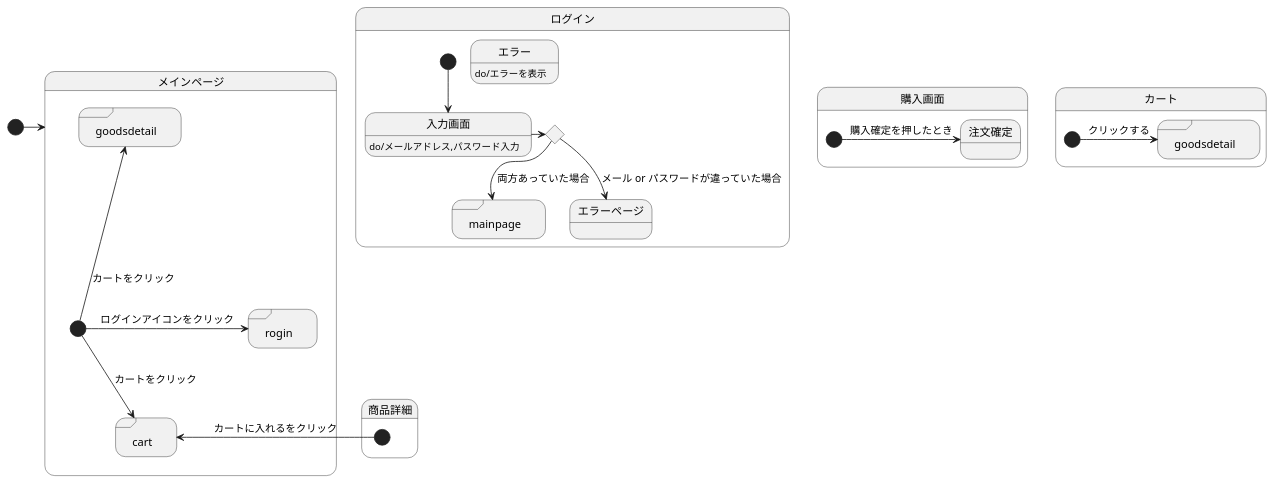
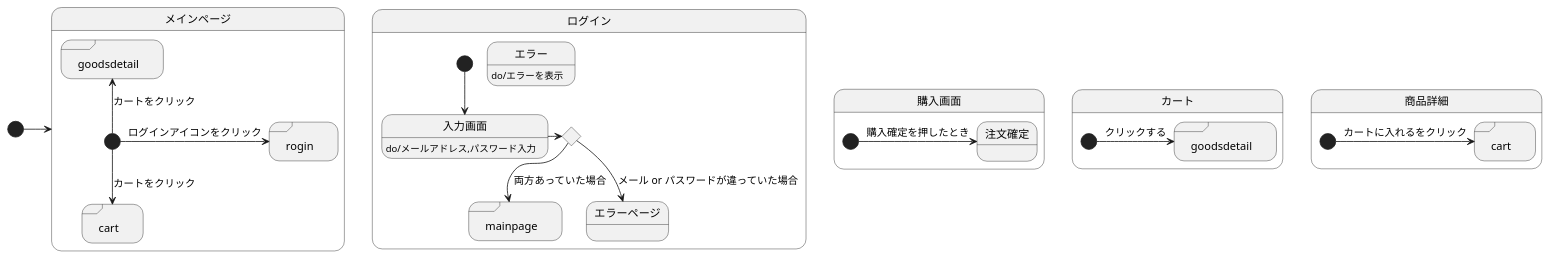
Before and after one commit to akutori/T-D-E: the diagram in UML.md, drawn with PlantUML.

Commit message:
見た目の調整

````diff
--- a/UML.md
+++ b/UML.md
@@ -1,39 +1,40 @@
 ```uml
 @startuml
 [*]->メインページ
 state メインページ{
 state "rogin" <<sdlreceive>>
 state "cart" <<sdlreceive>>
 state "goodsdetail" <<sdlreceive>>
     [*]-> rogin :ログインアイコンをクリック
     [*]--> cart :カートをクリック
     [*]-up-> goodsdetail :カートをクリック
 }
 
 
 state ログイン{
 state input <<choice>>
 state "mainpage"<<sdlreceive>>
 入力画面:do/メールアドレス,パスワード入力
 エラー:do/エラーを表示
     [*]--> 入力画面
     入力画面->input
     input-->エラーページ:メール or パスワードが違っていた場合
     input-->mainpage : 両方あっていた場合
 
 }
 
 state 購入画面{
     [*]->注文確定 :購入確定を押したとき
 }
 
 state カート{
-state "goodsdetail" as goods <<sdlreceive>>
-    [*]->goods :クリックする
+state "goodsdetail" as goodsincart <<sdlreceive>>
+    [*]->goodsincart :クリックする
 }
 state 商品詳細{
-    [*]->cart :カートに入れるをクリック
+state "cart" as detailincart <<sdlreceive>>
+    [*]->detailincart :カートに入れるをクリック
 }
 
 @enduml
 ```
````
